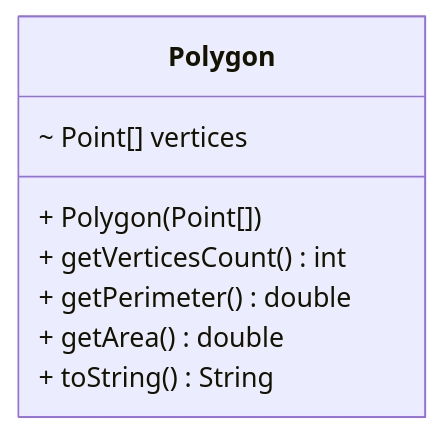
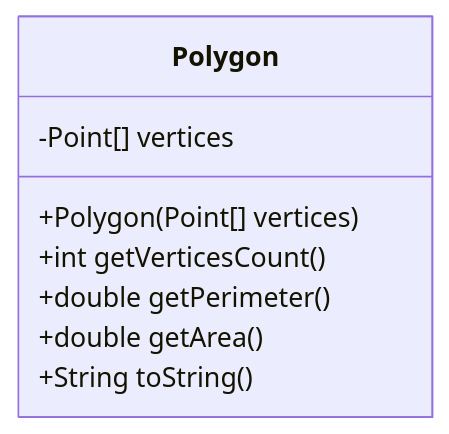
One commit to nbicocchi/learn-java-core changed the fourth of 13 diagrams in code/exercises/src/main/java/com/nbicocchi/exercises/oop/README.md. Above: the diagram before and after it, drawn with Mermaid. The commit also changed other lines of this file and 6 other files, not shown here.

````diff
--- a/code/exercises/src/main/java/com/nbicocchi/exercises/oop/README.md
+++ b/code/exercises/src/main/java/com/nbicocchi/exercises/oop/README.md
@@ -137,12 +133,11 @@
 ```mermaid
 classDiagram
-direction BT
-class Polygon {
-  ~ Point[] vertices
-  + Polygon(Point[]) 
-  + getVerticesCount() int
-  + getPerimeter() double
-  + getArea() double
-  + toString() String
-}
+    class Polygon {
+        -Point[] vertices
+        +Polygon(Point[] vertices)
+        +int getVerticesCount()
+        +double getPerimeter()
+        +double getArea()
+        +String toString()
+    }
 ```
````
